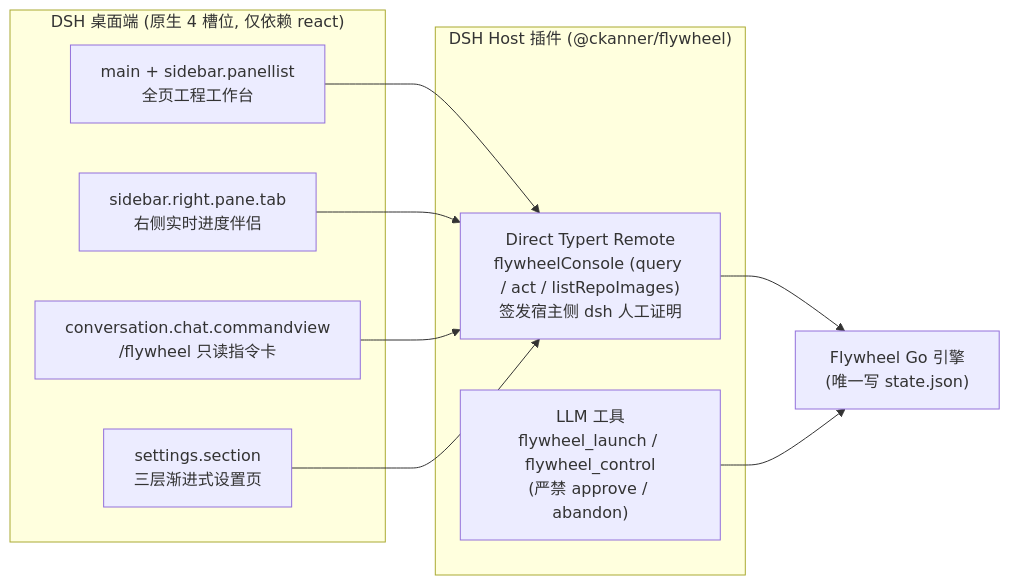
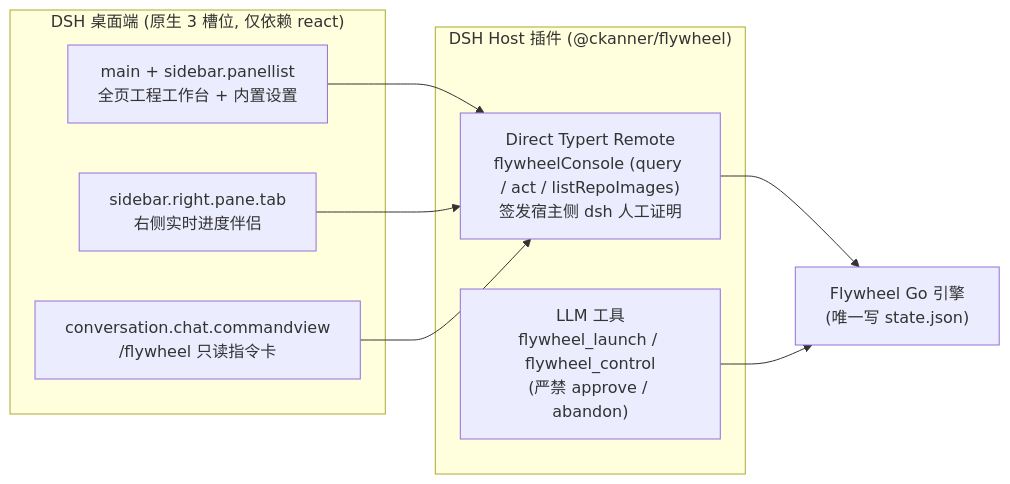
One commit to ckanner/flywheel changed the diagram in docs/zh-CN/flow-console.md. Above: the diagram before and after it, drawn with Mermaid. The commit also changed other lines of this file and 12 other files, not shown here.

Commit message:
feat: remove duplicate DSH settings slot and add concurrency/timeout/retry controls (v0.39.5)

````diff
--- a/docs/zh-CN/flow-console.md
+++ b/docs/zh-CN/flow-console.md
@@ -12,23 +13,21 @@
 ```mermaid
 flowchart LR
-  subgraph DSH["DSH 桌面端 (原生 4 槽位, 仅依赖 react)"]
-    S1["main + sidebar.panellist\n全页工程工作台"]
+  subgraph DSH["DSH 桌面端 (原生 3 槽位, 仅依赖 react)"]
+    S1["main + sidebar.panellist\n全页工程工作台 + 内置设置"]
     S2["sidebar.right.pane.tab\n右侧实时进度伴侣"]
     S3["conversation.chat.commandview\n/flywheel 只读指令卡"]
-    S4["settings.section\n三层渐进式设置页"]
   end
 
   subgraph HOST["DSH Host 插件 (@ckanner/flywheel)"]
     RPC["Direct Typert Remote\nflywheelConsole (query / act / listRepoImages)\n签发宿主侧 dsh 人工证明"]
     TOOLS["LLM 工具\nflywheel_launch / flywheel_control\n(严禁 approve / abandon)"]
   end
 
   GO["Flywheel Go 引擎\n(唯一写 state.json)"]
 
   S1 --> RPC
   S2 --> RPC
   S3 --> RPC
-  S4 --> RPC
   RPC --> GO
   TOOLS --> GO
 ```
````
